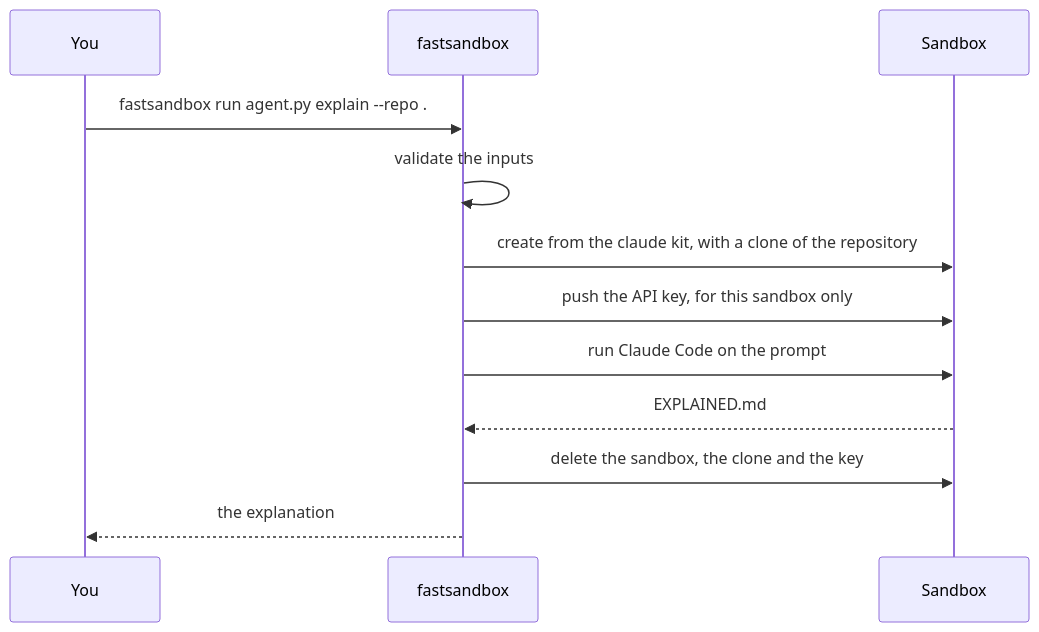
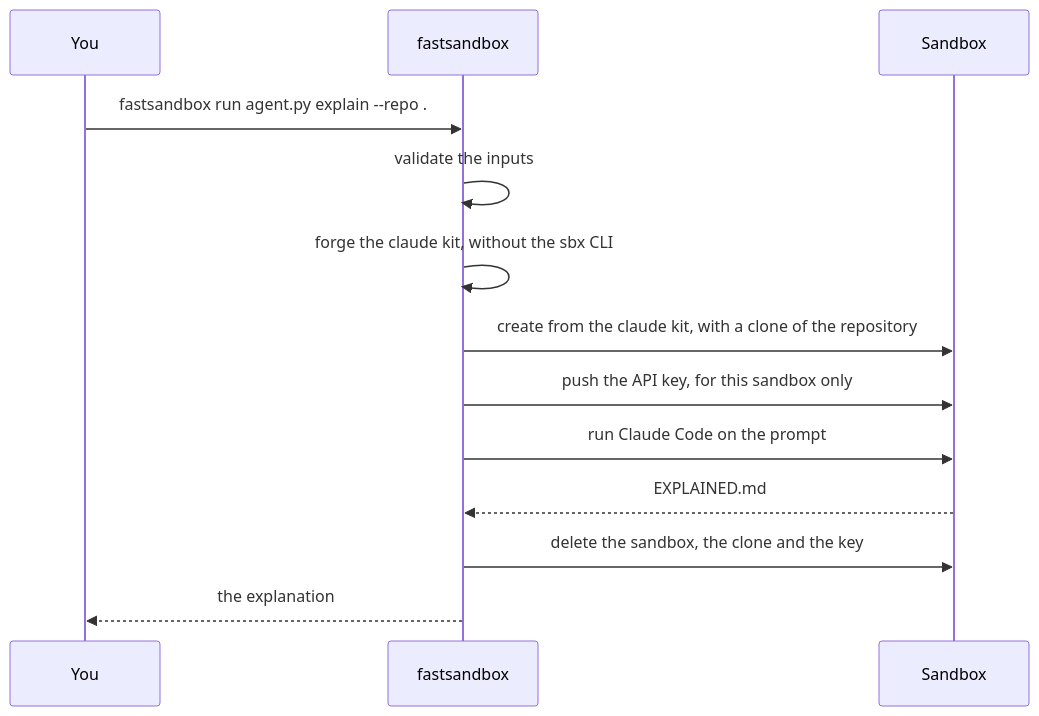
Before and after one commit to aartintelligent/fastsandbox: the diagram in docs/get-started/quickstart.md, drawn with Mermaid. The commit also changed other lines of this file and 75 other files, not shown here.

First line of the commit message:
feat!: forge kits without the sbx CLI by default (#11)

````diff
--- a/docs/get-started/quickstart.md
+++ b/docs/get-started/quickstart.md
@@ -104,14 +91,15 @@
 ```mermaid
 sequenceDiagram
     participant Y as You
     participant F as fastsandbox
     participant S as Sandbox
     Y->>F: fastsandbox run agent.py explain --repo .
     F->>F: validate the inputs
+    F->>F: forge the claude kit, without the sbx CLI
     F->>S: create from the claude kit, with a clone of the repository
     F->>S: push the API key, for this sandbox only
     F->>S: run Claude Code on the prompt
     S-->>F: EXPLAINED.md
     F->>S: delete the sandbox, the clone and the key
     F-->>Y: the explanation
 ```
````
